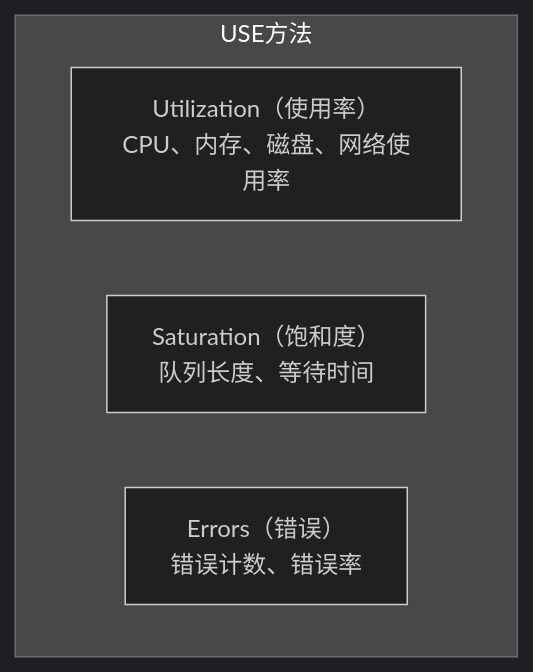
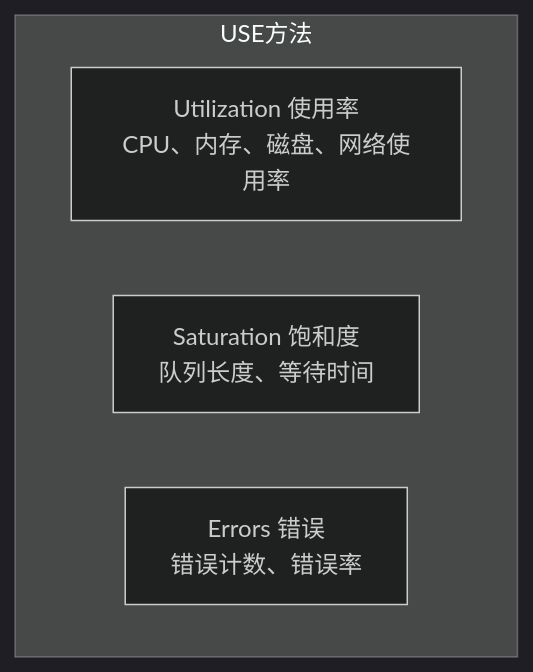
One commit to jpixy/jpixy.github.io changed the first of 3 diagrams in content/articles/sre/sre-44-故障排查方法论与检查清单.md. Above: the diagram before and after it, drawn with Mermaid (dark theme). The commit also changed other lines of this file and 66 other files, not shown here.

Commit message:
fix: resolve Mermaid syntax errors by removing parentheses in node labels

````diff
--- a/content/articles/sre/sre-44-故障排查方法论与检查清单.md
+++ b/content/articles/sre/sre-44-故障排查方法论与检查清单.md
@@ -48,8 +48,8 @@
 ```mermaid
 graph TB
     subgraph USE["USE方法"]
-        U["Utilization（使用率）<br/>CPU、内存、磁盘、网络使用率"]
-        S["Saturation（饱和度）<br/>队列长度、等待时间"]
-        E["Errors（错误）<br/>错误计数、错误率"]
+        U["Utilization 使用率<br/>CPU、内存、磁盘、网络使用率"]
+        S["Saturation 饱和度<br/>队列长度、等待时间"]
+        E["Errors 错误<br/>错误计数、错误率"]
     end
 ```
````
